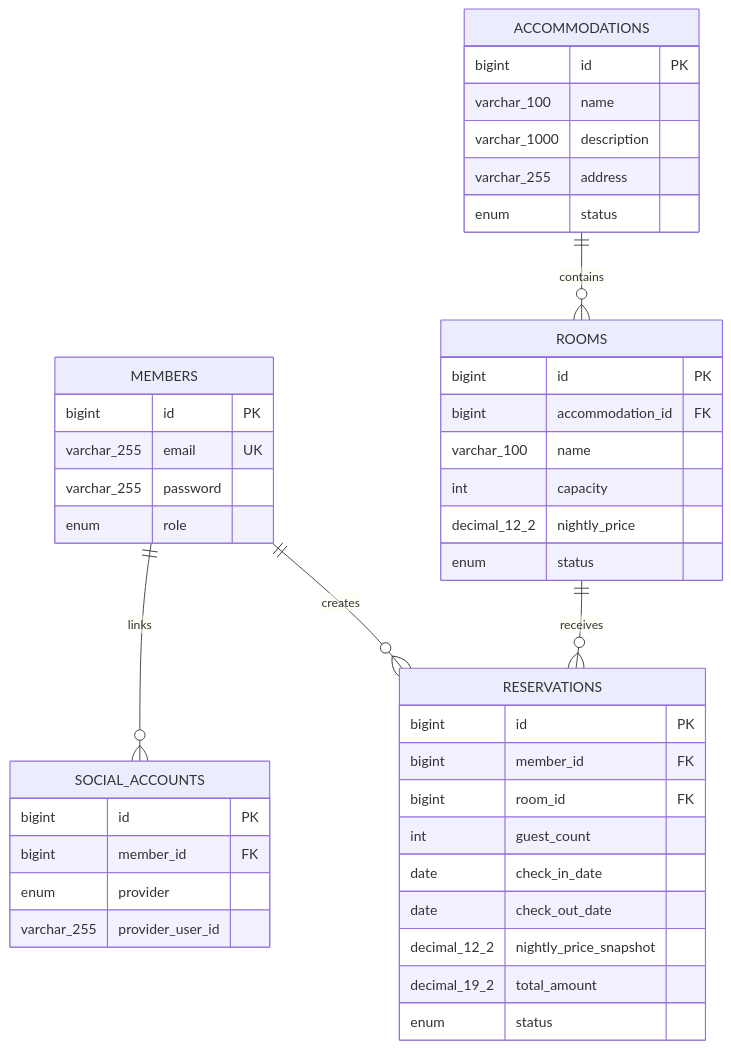
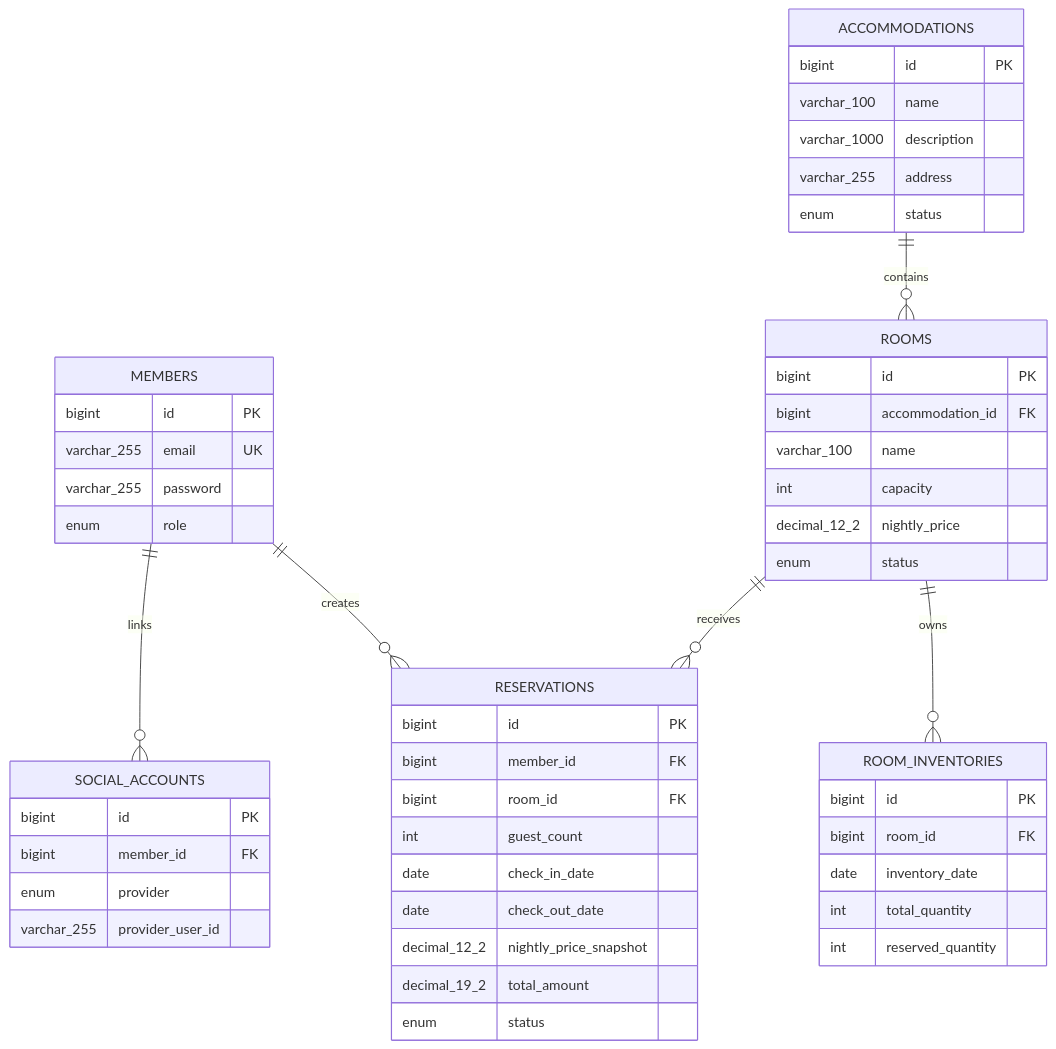
One commit to K4RF/reservation-platform changed the diagram in docs/erd/database-schema.md. Above: the diagram before and after it, drawn with Mermaid. The commit also changed other lines of this file and 4 other files, not shown here.

````diff
--- a/docs/erd/database-schema.md
+++ b/docs/erd/database-schema.md
@@ -9,50 +9,59 @@
 ```mermaid
 erDiagram
     MEMBERS ||--o{ SOCIAL_ACCOUNTS : links
     MEMBERS ||--o{ RESERVATIONS : creates
     ACCOMMODATIONS ||--o{ ROOMS : contains
     ROOMS ||--o{ RESERVATIONS : receives
+    ROOMS ||--o{ ROOM_INVENTORIES : owns
 
     MEMBERS {
         bigint id PK
         varchar_255 email UK
         varchar_255 password
         enum role
     }
 
     SOCIAL_ACCOUNTS {
         bigint id PK
         bigint member_id FK
         enum provider
         varchar_255 provider_user_id
     }
 
     ACCOMMODATIONS {
         bigint id PK
         varchar_100 name
         varchar_1000 description
         varchar_255 address
         enum status
     }
 
     ROOMS {
         bigint id PK
         bigint accommodation_id FK
         varchar_100 name
         int capacity
         decimal_12_2 nightly_price
         enum status
     }
 
+    ROOM_INVENTORIES {
+        bigint id PK
+        bigint room_id FK
+        date inventory_date
+        int total_quantity
+        int reserved_quantity
+    }
+
     RESERVATIONS {
         bigint id PK
         bigint member_id FK
         bigint room_id FK
         int guest_count
         date check_in_date
         date check_out_date
         decimal_12_2 nightly_price_snapshot
         decimal_19_2 total_amount
         enum status
     }
 ```
````
